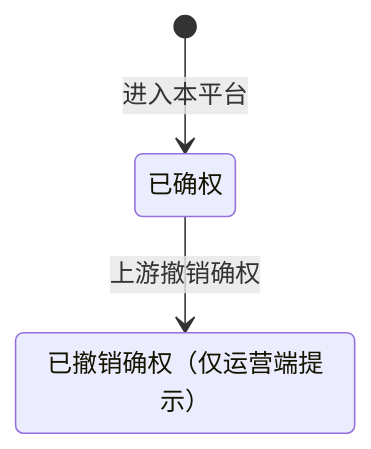
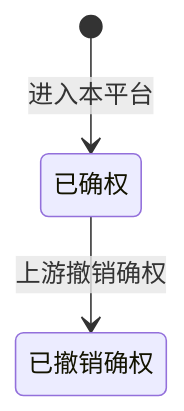
The third of 6 diagrams in token-issuance-platform/PRD/v1.0-可信资产-流程图与状态机.md (wxblockchain/Chain-Financing), drawn with Mermaid before and after one commit. The commit also changed other lines of this file and 2 other files, not shown here.

````diff
--- a/token-issuance-platform/PRD/v1.0-可信资产-流程图与状态机.md
+++ b/token-issuance-platform/PRD/v1.0-可信资产-流程图与状态机.md
@@ -59,7 +59,7 @@
 ```mermaid
 stateDiagram-v2
     state "已确权" as C1
-    state "已撤销确权（仅运营端提示）" as C2
+    state "已撤销确权" as C2
     [*] --> C1: 进入本平台
     C1 --> C2: 上游撤销确权
 ```
````
